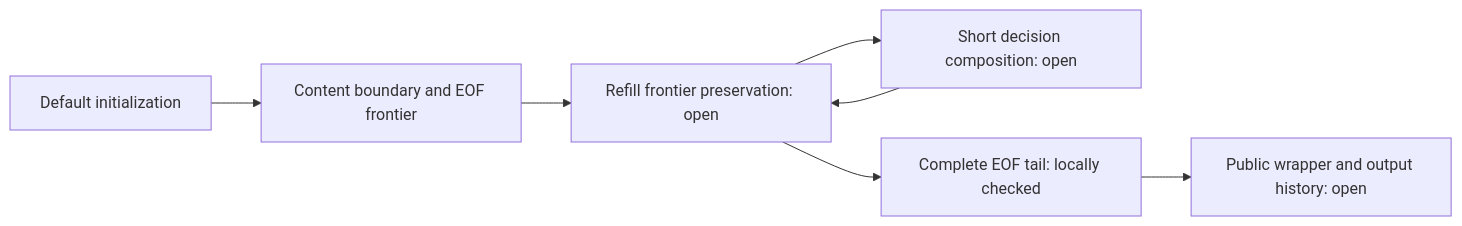
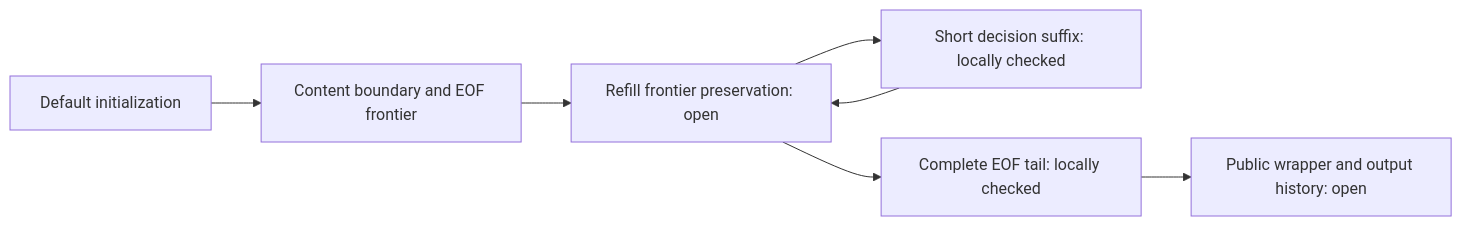
The fourth of 4 diagrams in docs/overview.md (cla7aye15I4nd/zlib-f), drawn with Mermaid before and after one commit. The commit also changed other lines of this file and 6 other files, not shown here.

````diff
--- a/docs/overview.md
+++ b/docs/overview.md
@@ -1538,9 +1562,9 @@
 ```mermaid
 flowchart LR
   Init["Default initialization"] --> Entry["Content boundary and EOF frontier"]
   Entry --> Refill["Refill frontier preservation: open"]
-  Refill --> Decide["Short decision composition: open"]
+  Refill --> Decide["Short decision suffix: locally checked"]
   Decide --> Refill
   Refill --> Tail["Complete EOF tail: locally checked"]
   Tail --> Public["Public wrapper and output history: open"]
 ```
````
